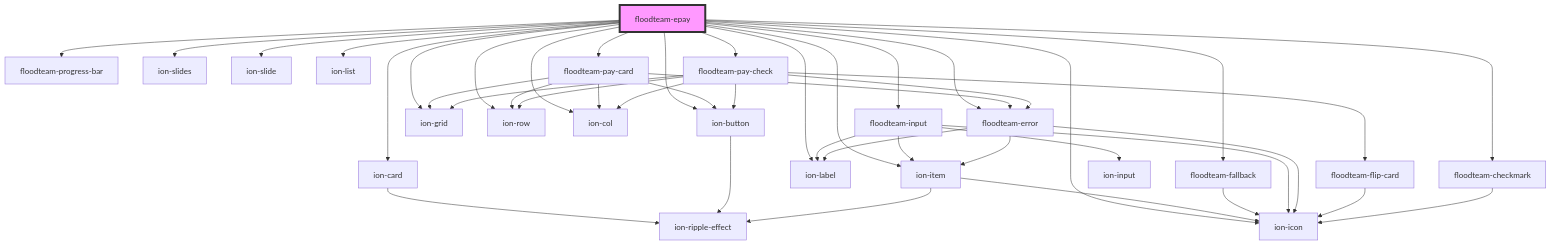
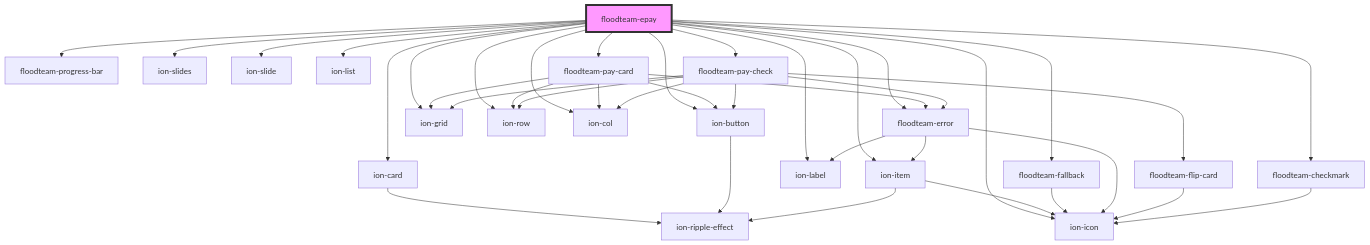
One commit to FloodTeam/components changed the diagram in src/components/epay/readme.md. Above: the diagram before and after it, drawn with Mermaid. The commit also changed other lines of this file and 24 other files, not shown here.

````diff
--- a/src/components/epay/readme.md
+++ b/src/components/epay/readme.md
@@ -113,47 +112,42 @@
 ```mermaid
 graph TD;
   floodteam-epay --> ion-card
   floodteam-epay --> ion-button
   floodteam-epay --> ion-icon
   floodteam-epay --> floodteam-progress-bar
   floodteam-epay --> ion-slides
   floodteam-epay --> ion-slide
   floodteam-epay --> ion-grid
   floodteam-epay --> ion-row
   floodteam-epay --> ion-col
   floodteam-epay --> ion-item
   floodteam-epay --> ion-label
   floodteam-epay --> floodteam-fallback
   floodteam-epay --> ion-list
-  floodteam-epay --> floodteam-input
   floodteam-epay --> floodteam-pay-card
   floodteam-epay --> floodteam-pay-check
   floodteam-epay --> floodteam-error
   floodteam-epay --> floodteam-checkmark
   ion-card --> ion-ripple-effect
   ion-button --> ion-ripple-effect
   ion-item --> ion-icon
   ion-item --> ion-ripple-effect
   floodteam-fallback --> ion-icon
-  floodteam-input --> ion-input
-  floodteam-input --> ion-item
-  floodteam-input --> ion-icon
-  floodteam-input --> ion-label
   floodteam-pay-card --> floodteam-error
   floodteam-pay-card --> ion-grid
   floodteam-pay-card --> ion-row
   floodteam-pay-card --> ion-col
   floodteam-pay-card --> ion-button
   floodteam-error --> ion-item
   floodteam-error --> ion-icon
   floodteam-error --> ion-label
   floodteam-pay-check --> floodteam-error
   floodteam-pay-check --> floodteam-flip-card
   floodteam-pay-check --> ion-grid
   floodteam-pay-check --> ion-row
   floodteam-pay-check --> ion-col
   floodteam-pay-check --> ion-button
   floodteam-flip-card --> ion-icon
   floodteam-checkmark --> ion-icon
   style floodteam-epay fill:#f9f,stroke:#333,stroke-width:4px
 ```
````
